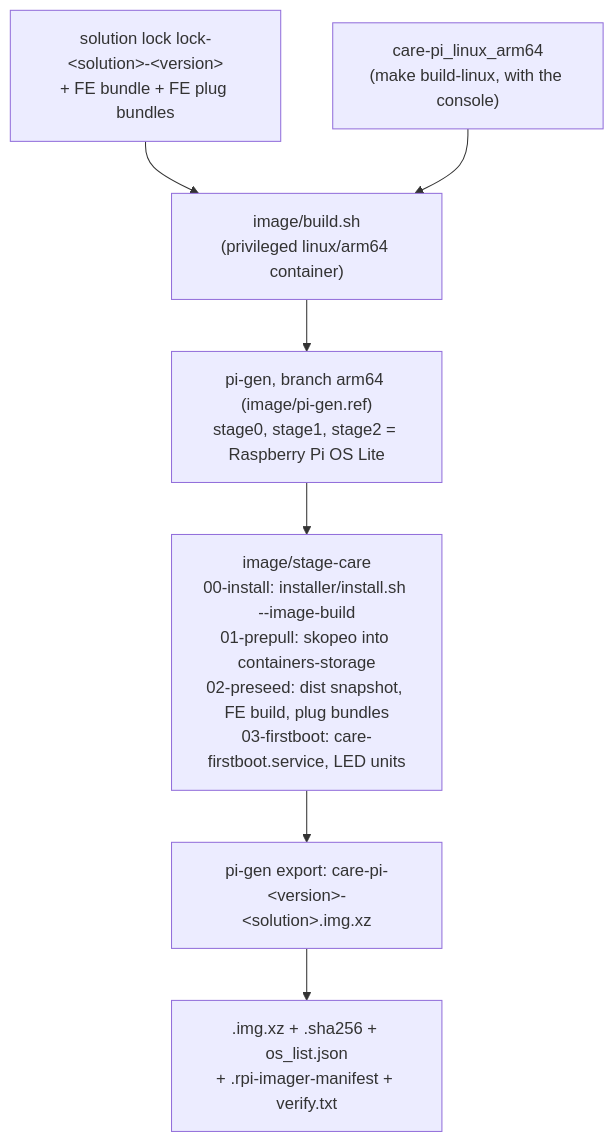
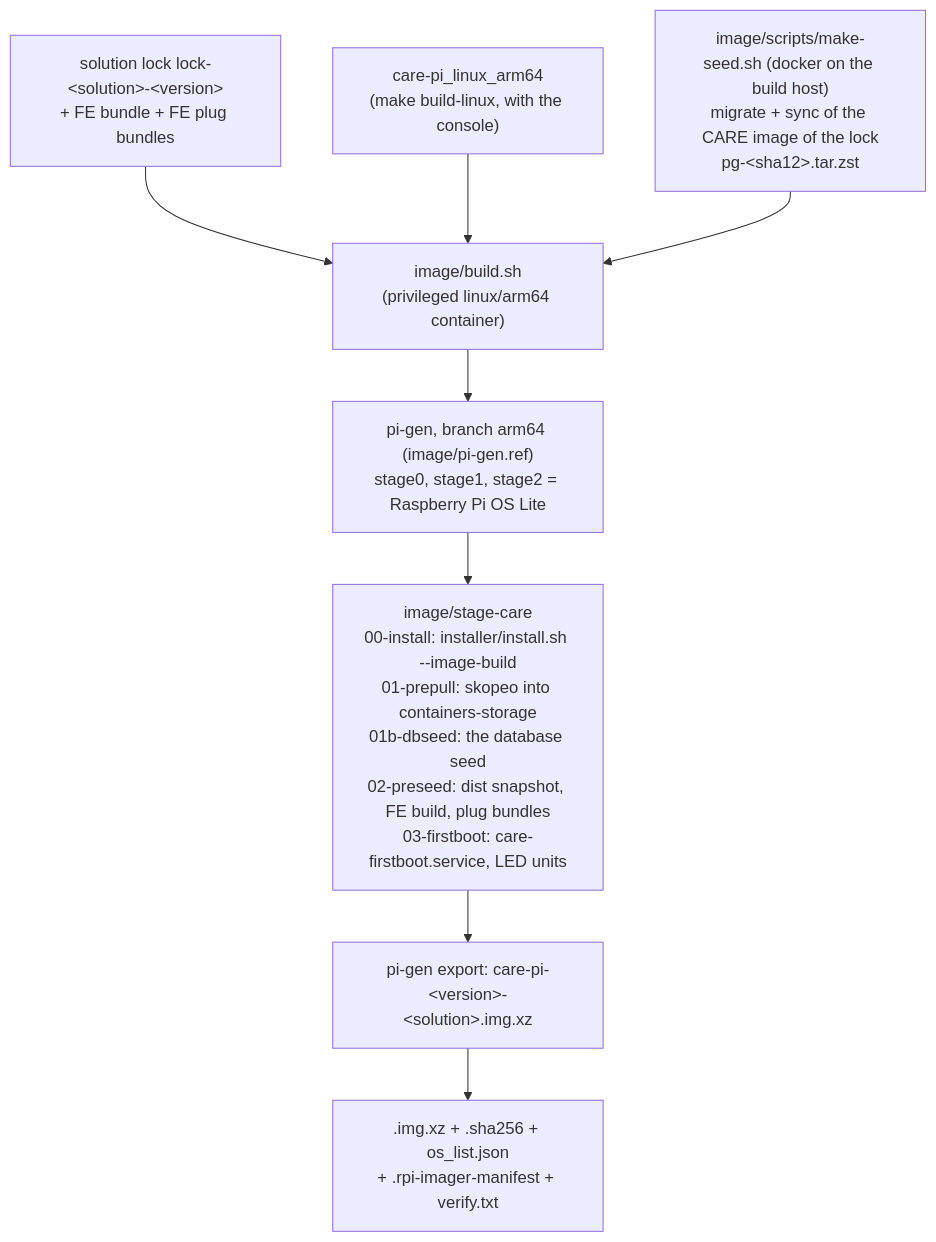
One commit to rithviknishad/care-pi changed the diagram in docs/image.md. Above: the diagram before and after it, drawn with Mermaid. The commit also changed other lines of this file and 17 other files, not shown here.

````diff
--- a/docs/image.md
+++ b/docs/image.md
@@ -16,10 +16,11 @@
 ```mermaid
 flowchart TB
     LOCK["solution lock lock-&lt;solution&gt;-&lt;version&gt;\n+ FE bundle + FE plug bundles"] --> B
     AGENT["care-pi_linux_arm64\n(make build-linux, with the console)"] --> B
+    SEED["image/scripts/make-seed.sh (docker on the build host)\nmigrate + sync of the CARE image of the lock\npg-&lt;sha12&gt;.tar.zst"] --> B
     B["image/build.sh\n(privileged linux/arm64 container)"] --> PG
     PG["pi-gen, branch arm64 (image/pi-gen.ref)\nstage0, stage1, stage2 = Raspberry Pi OS Lite"] --> SC
-    SC["image/stage-care\n00-install: installer/install.sh --image-build\n01-prepull: skopeo into containers-storage\n02-preseed: dist snapshot, FE build, plug bundles\n03-firstboot: care-firstboot.service, LED units"] --> EX
+    SC["image/stage-care\n00-install: installer/install.sh --image-build\n01-prepull: skopeo into containers-storage\n01b-dbseed: the database seed\n02-preseed: dist snapshot, FE build, plug bundles\n03-firstboot: care-firstboot.service, LED units"] --> EX
     EX["pi-gen export: care-pi-&lt;version&gt;-&lt;solution&gt;.img.xz"] --> OUT
     OUT[".img.xz + .sha256 + os_list.json\n+ .rpi-imager-manifest + verify.txt"]
 ```
````
